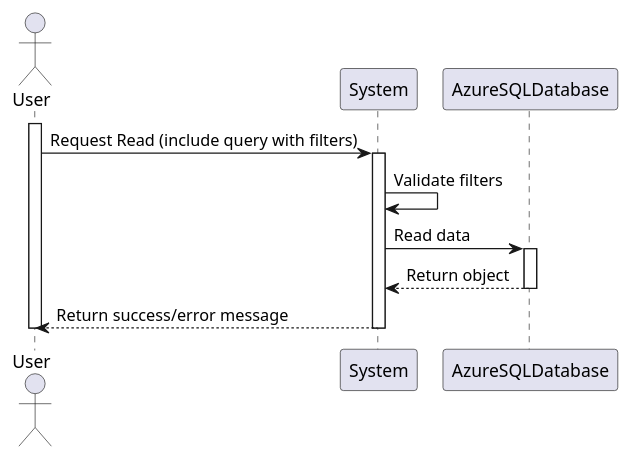
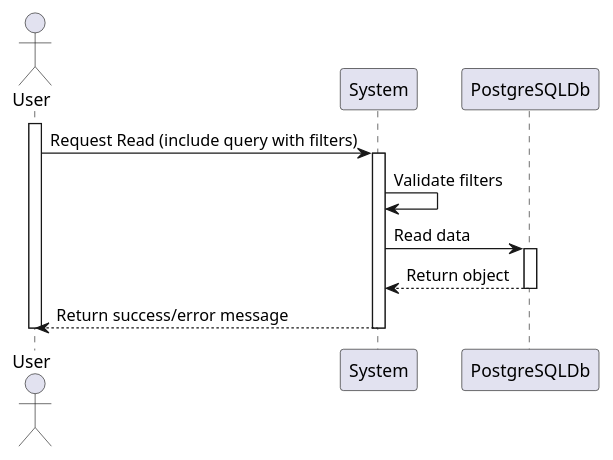
Before and after one commit to 1221124/sem5pi-24-25-g031: the diagram in docs/SprintC/SoftwareArchitecture/ComponentDiagrams/Level1/ProcessView/Read/SSD-Read.puml, drawn with PlantUML. The commit also changed 43 other files, not shown here.

```diff
--- a/docs/SprintC/SoftwareArchitecture/ComponentDiagrams/Level1/ProcessView/Read/SSD-Read.puml
+++ b/docs/SprintC/SoftwareArchitecture/ComponentDiagrams/Level1/ProcessView/Read/SSD-Read.puml
@@ -1,22 +1,22 @@
 @startuml SSD-Read
 
 actor User
 participant System
-participant AzureSQLDatabase
+participant PostgreSQLDb
 
 activate User
     User -> System : Request Read (include query with filters)
     activate System
     
         System -> System : Validate filters
         
-        System -> AzureSQLDatabase : Read data
-        activate AzureSQLDatabase
+        System -> PostgreSQLDb : Read data
+        activate PostgreSQLDb
             
-            AzureSQLDatabase --> System : Return object
-        deactivate AzureSQLDatabase
+            PostgreSQLDb --> System : Return object
+        deactivate PostgreSQLDb
         
         System --> User : Return success/error message
     deactivate System
 deactivate User    
 @enduml
```
